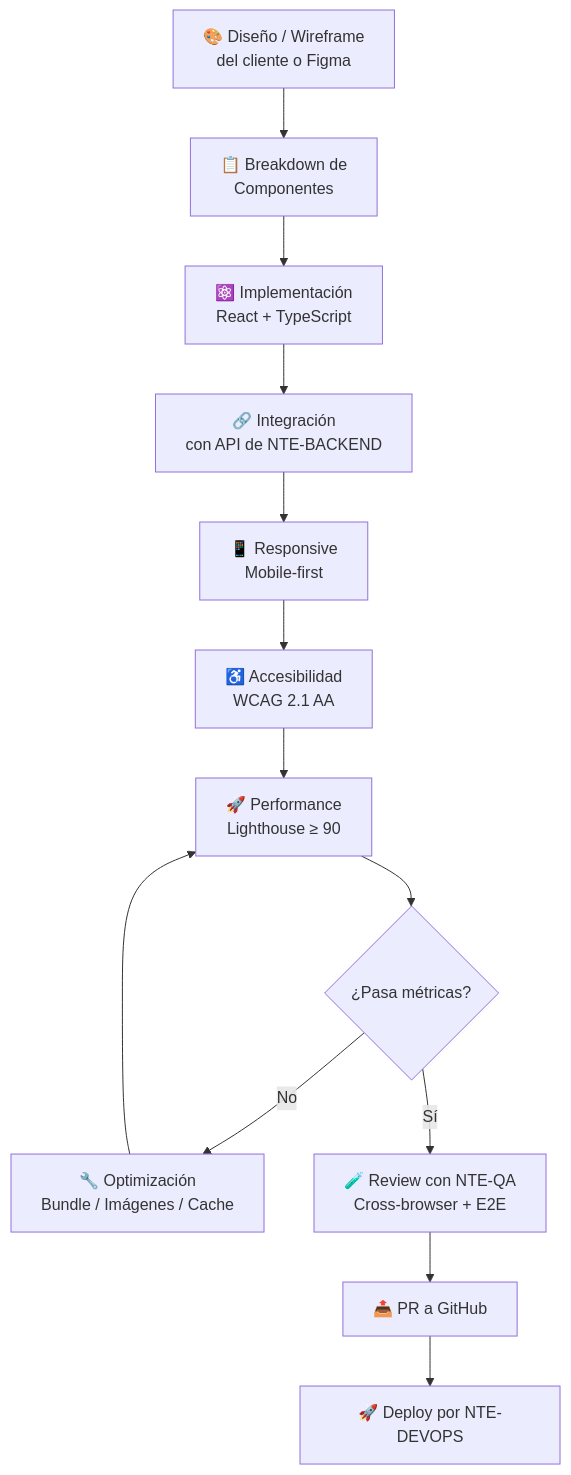
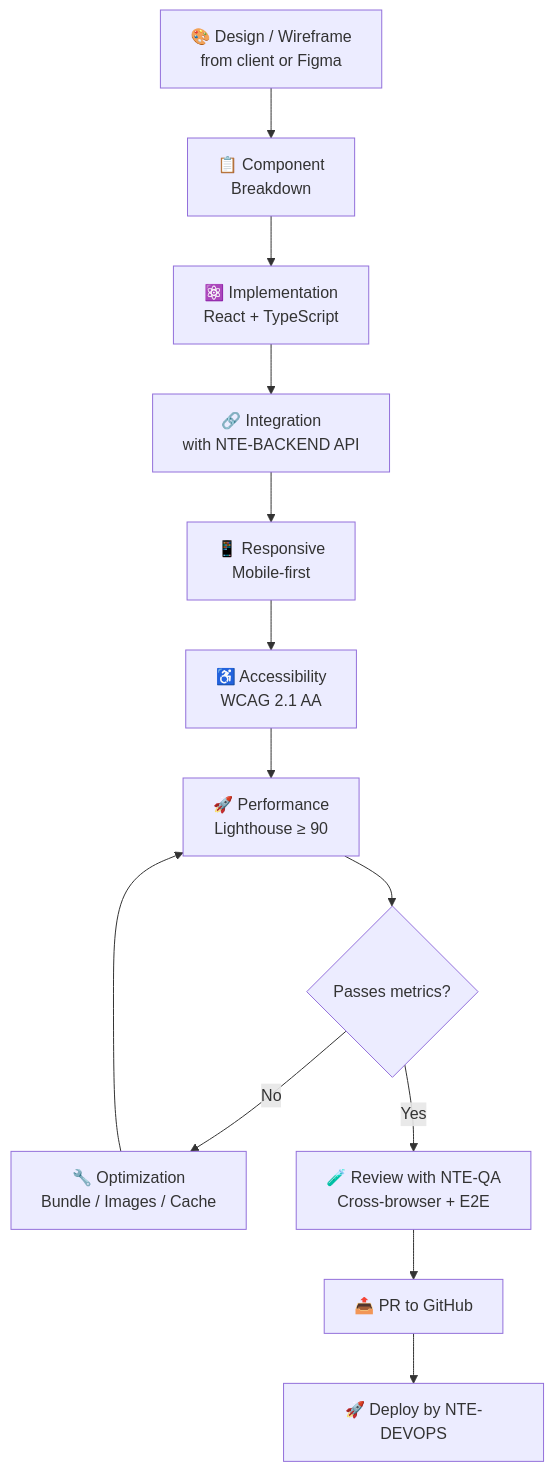
Before and after one commit to nissienterprise/nissi-openclaw-vps: the first of 3 diagrams in documentation/03-agents/software-wing/nte-frontend.md, drawn with Mermaid. The commit also changed other lines of this file and 46 other files, not shown here.

````diff
--- a/documentation/03-agents/software-wing/nte-frontend.md
+++ b/documentation/03-agents/software-wing/nte-frontend.md
@@ -25,15 +25,15 @@
 ```mermaid
 flowchart TD
-    A["🎨 Diseño / Wireframe\ndel cliente o Figma"] --> B["📋 Breakdown de\nComponentes"]
-    B --> C["⚛️ Implementación\nReact + TypeScript"]
-    C --> D["🔗 Integración\ncon API de NTE-BACKEND"]
+    A["🎨 Design / Wireframe\nfrom client or Figma"] --> B["📋 Component\nBreakdown"]
+    B --> C["⚛️ Implementation\nReact + TypeScript"]
+    C --> D["🔗 Integration\nwith NTE-BACKEND API"]
     D --> E["📱 Responsive\nMobile-first"]
-    E --> F["♿ Accesibilidad\nWCAG 2.1 AA"]
+    E --> F["♿ Accessibility\nWCAG 2.1 AA"]
     F --> G["🚀 Performance\nLighthouse ≥ 90"]
-    G --> H{"¿Pasa métricas?"}
-    H -->|No| I["🔧 Optimización\nBundle / Imágenes / Cache"]
+    G --> H{"Passes metrics?"}
+    H -->|No| I["🔧 Optimization\nBundle / Images / Cache"]
     I --> G
-    H -->|Sí| J["🧪 Review con NTE-QA\nCross-browser + E2E"]
-    J --> K["📤 PR a GitHub"]
-    K --> L["🚀 Deploy por NTE-DEVOPS"]
+    H -->|Yes| J["🧪 Review with NTE-QA\nCross-browser + E2E"]
+    J --> K["📤 PR to GitHub"]
+    K --> L["🚀 Deploy by NTE-DEVOPS"]
 ```
````
